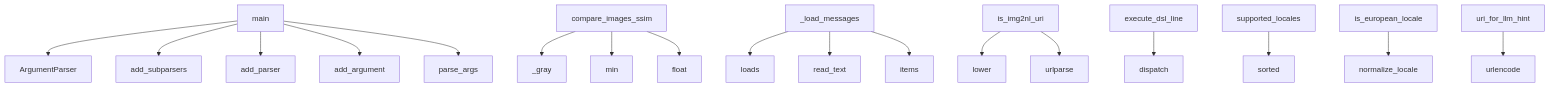
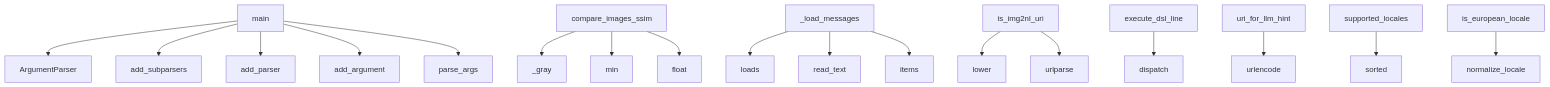
The diagram in project/context.md (wronai/img2nl), drawn with Mermaid before and after one commit. The commit also changed other lines of this file and 26 other files, not shown here.

````diff
--- a/project/context.md
+++ b/project/context.md
@@ -280,20 +280,20 @@
 ```mermaid
 graph TD
     main --> ArgumentParser
     main --> add_subparsers
     main --> add_parser
     main --> add_argument
     main --> parse_args
     compare_images_ssim --> _gray
     compare_images_ssim --> min
     compare_images_ssim --> float
     _load_messages --> loads
     _load_messages --> read_text
     _load_messages --> items
     is_img2nl_uri --> lower
     is_img2nl_uri --> urlparse
     execute_dsl_line --> dispatch
+    uri_for_llm_hint --> urlencode
     supported_locales --> sorted
     is_european_locale --> normalize_locale
-    uri_for_llm_hint --> urlencode
 ```
````
